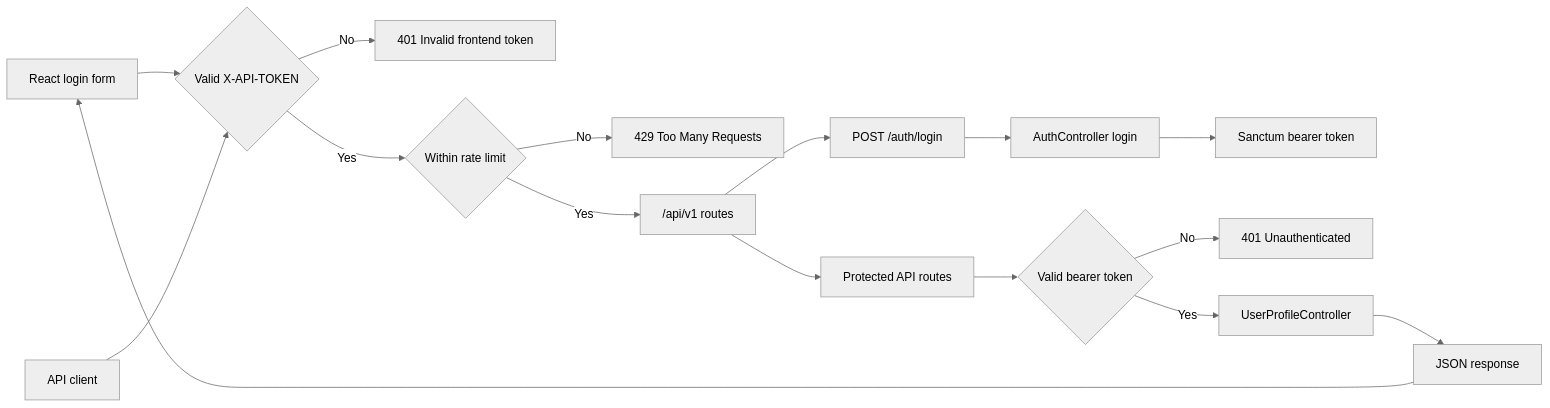
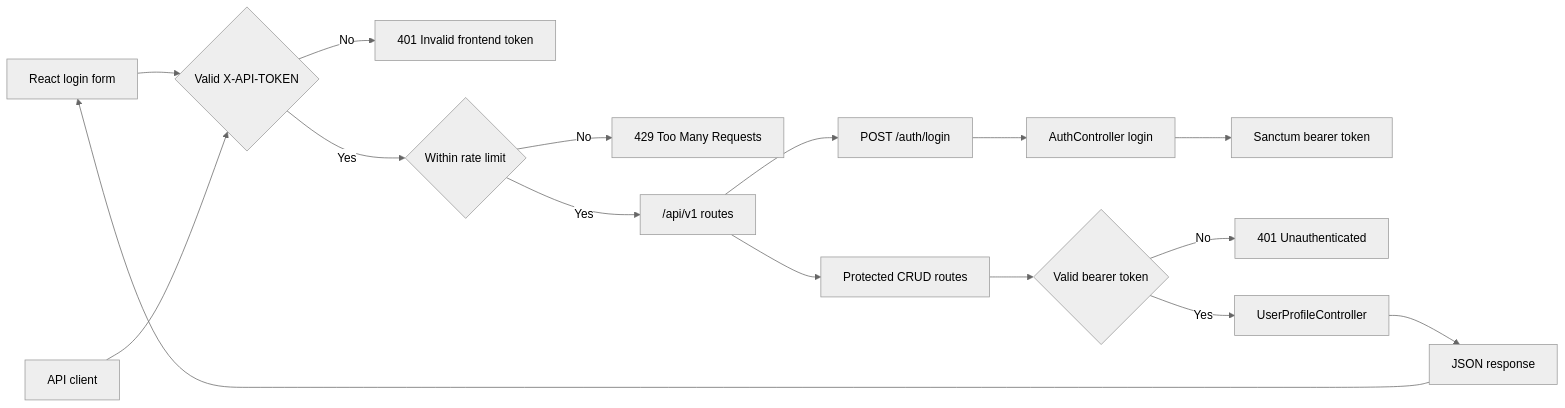
The diagram in training/day-3-api-security.md (habibtalib/laravel-api-tutorial), drawn with Mermaid (neutral theme) before and after one commit. The commit also changed other lines of this file and 5 other files, not shown here.

````diff
--- a/training/day-3-api-security.md
+++ b/training/day-3-api-security.md
@@ -50,18 +67,18 @@
 ```mermaid
 flowchart LR
     React["React login form"] --> FrontendToken{"Valid X-API-TOKEN"}
     Client["API client"] --> FrontendToken
     FrontendToken -- "No" --> InvalidFrontend["401 Invalid frontend token"]
     FrontendToken -- "Yes" --> Throttle{"Within rate limit"}
     Throttle -- "No" --> TooMany["429 Too Many Requests"]
     Throttle -- "Yes" --> RouteGroup["/api/v1 routes"]
     RouteGroup --> Login["POST /auth/login"]
     Login --> AuthController["AuthController login"]
     AuthController --> TokenResponse["Sanctum bearer token"]
-    RouteGroup --> Protected["Protected API routes"]
+    RouteGroup --> Protected["Protected CRUD routes"]
     Protected --> Sanctum{"Valid bearer token"}
     Sanctum -- "No" --> Unauthenticated["401 Unauthenticated"]
     Sanctum -- "Yes" --> UserController["UserProfileController"]
     UserController --> JsonResponse["JSON response"]
     JsonResponse --> React
 ```
````
